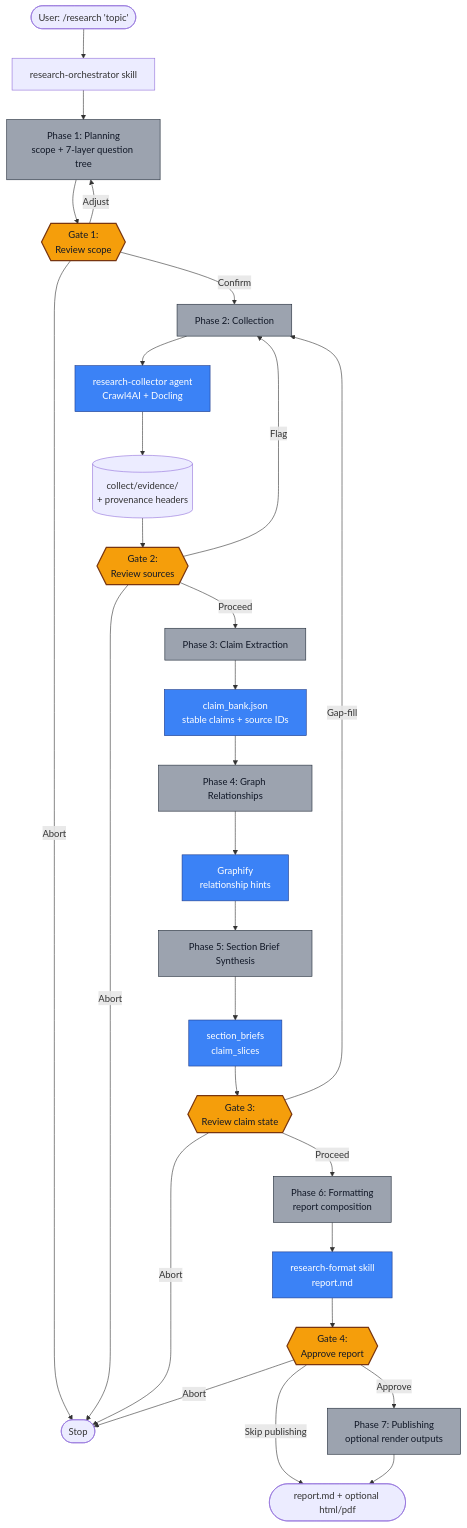
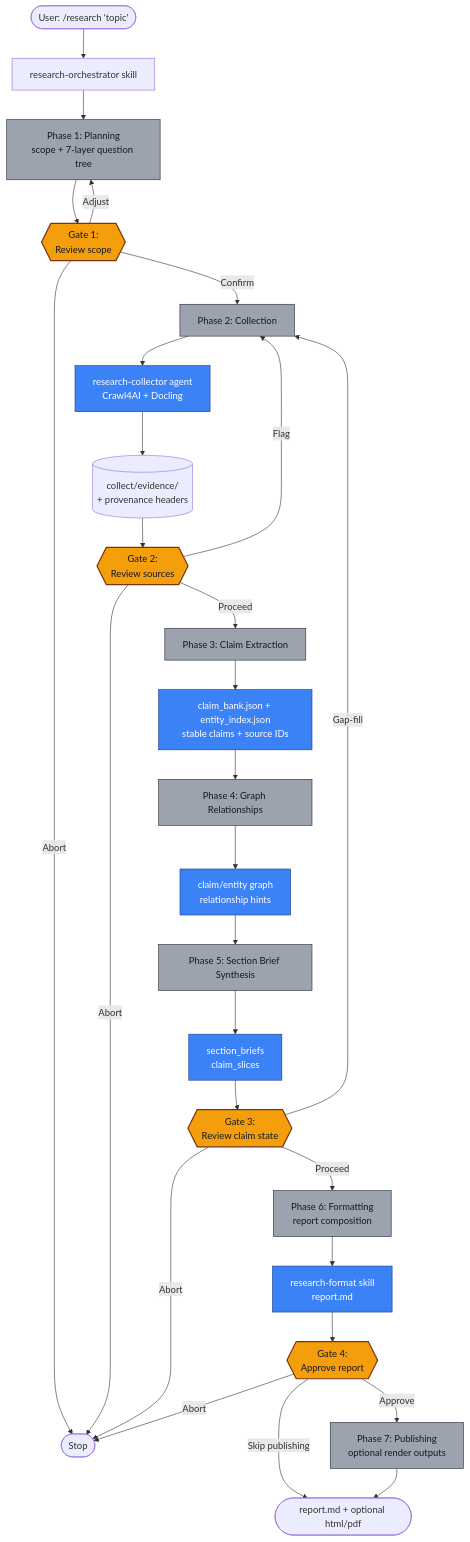
One commit to TorpedoD/claude-researcher changed the diagram in README.md. Above: the diagram before and after it, drawn with Mermaid. The commit also changed other lines of this file and 31 other files, not shown here.

````diff
--- a/README.md
+++ b/README.md
@@ -151,43 +151,43 @@
 ```mermaid
 flowchart TD
     User([User: /research 'topic']) --> Orch[research-orchestrator skill]
 
     Orch --> P1[Phase 1: Planning<br/>scope + 7-layer question tree]
     P1 --> G1{{Gate 1:<br/>Review scope}}
     G1 -->|Confirm| P2
     G1 -->|Adjust| P1
     G1 -->|Abort| Stop([Stop])
 
     P2[Phase 2: Collection] --> Collector[research-collector agent<br/>Crawl4AI + Docling]
     Collector --> Evidence[(collect/evidence/<br/>+ provenance headers)]
     Evidence --> G2{{Gate 2:<br/>Review sources}}
     G2 -->|Proceed| P3
     G2 -->|Flag| P2
     G2 -->|Abort| Stop
 
-    P3[Phase 3: Claim Extraction] --> Claims[claim_bank.json<br/>stable claims + source IDs]
+    P3[Phase 3: Claim Extraction] --> Claims[claim_bank.json + entity_index.json<br/>stable claims + source IDs]
     Claims --> P4
 
-    P4[Phase 4: Graph Relationships] --> Graphify[Graphify<br/>relationship hints]
+    P4[Phase 4: Graph Relationships] --> Graphify[claim/entity graph<br/>relationship hints]
     Graphify --> P5
 
     P5[Phase 5: Section Brief Synthesis] --> Briefs[section_briefs<br/>claim_slices]
     Briefs --> G3{{Gate 3:<br/>Review claim state}}
     G3 -->|Proceed| P6
     G3 -->|Gap-fill| P2
     G3 -->|Abort| Stop
 
     P6[Phase 6: Formatting<br/>report composition] --> Format[research-format skill<br/>report.md]
     Format --> G4{{Gate 4:<br/>Approve report}}
     G4 -->|Approve| P7[Phase 7: Publishing<br/>optional render outputs]
     G4 -->|Skip publishing| Done([report.md])
     G4 -->|Abort| Stop
     P7 --> Done([report.md + optional html/pdf])
 
     classDef gate fill:#f59e0b,stroke:#78350f,stroke-width:2px,color:#111827
     classDef agent fill:#3b82f6,stroke:#1e3a8a,stroke-width:1px,color:#ffffff
     classDef phase fill:#9ca3af,stroke:#1f2937,stroke-width:1px,color:#111827
     class G1,G2,G3,G4 gate
     class Collector,Claims,Graphify,Briefs,Format agent
     class P1,P2,P3,P4,P5,P6,P7 phase
 ```
````
